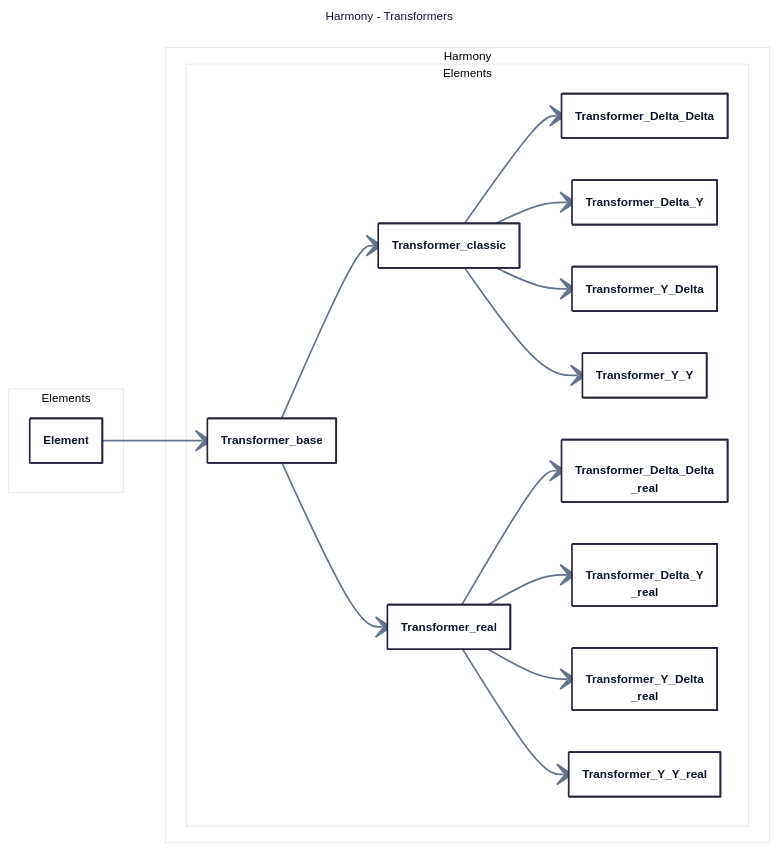
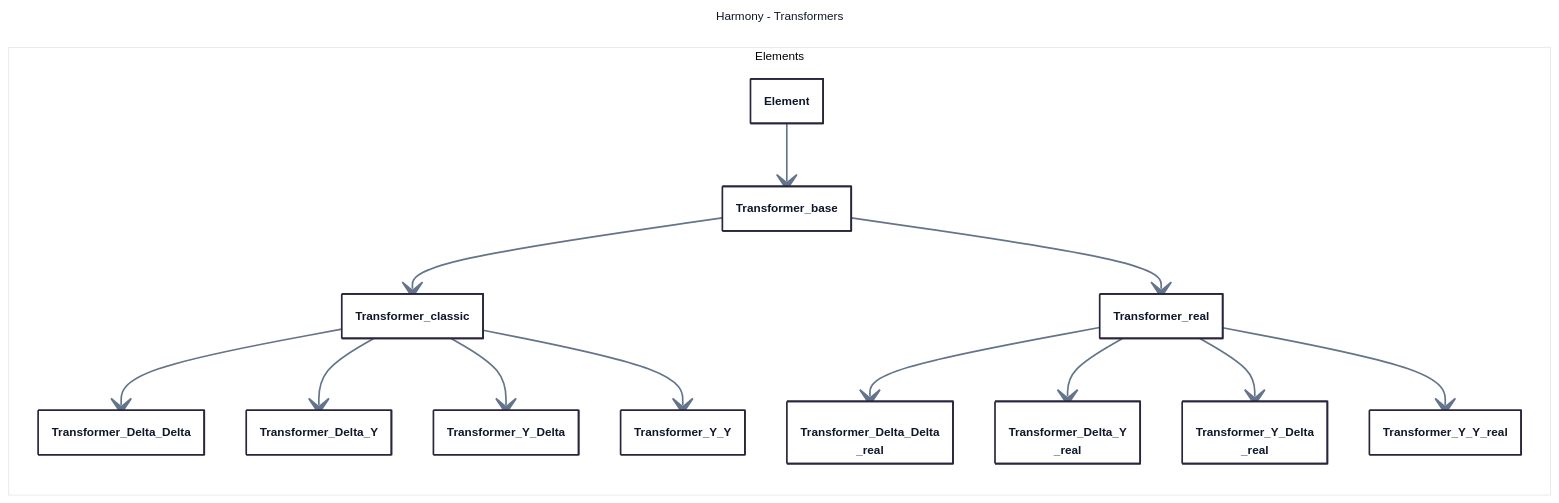
One commit to yiquintero/tmp changed the fourth of 4 diagrams in class_diagram.md. Above: the diagram before and after it, drawn with Mermaid.

Commit message:
Refactor namespace declaration in class diagram

````diff
--- a/class_diagram.md
+++ b/class_diagram.md
@@ -185,47 +185,47 @@
 ```mermaid
 ---
 title: Harmony - Transformers
 config:
   theme: redux-color
   themeVariables:
     fontFamily: Segoe UI, -apple-system, BlinkMacSystemFont, sans-serif
     lineColor: "#64748B"
     primaryTextColor: "#0F172A"
   flowchart:
     wrappingWidth: 450
   class:
     hideEmptyMembersBox: true
     padding: 16
 ---
 classDiagram
   direction LR
 
   namespace Elements {
     class Element {}
   }
 
-namespace Harmony.Elements {
+namespace Elements {
     class Transformer_base
     class Transformer_classic
     class Transformer_real
     class Transformer_Delta_Delta["Transformer_Delta_Delta"]
     class Transformer_Delta_Delta_real["Transformer_Delta_Delta<br/>_real"]
     class Transformer_Delta_Y["Transformer_Delta_Y"]
     class Transformer_Delta_Y_real["Transformer_Delta_Y<br/>_real"]
     class Transformer_Y_Delta["Transformer_Y_Delta"]
     class Transformer_Y_Delta_real["Transformer_Y_Delta<br/>_real"]
     class Transformer_Y_Y["Transformer_Y_Y"]
     class Transformer_Y_Y_real["Transformer_Y_Y_real"]
   }
   Element --> Transformer_base
   Transformer_base --> Transformer_classic
   Transformer_base --> Transformer_real
   Transformer_classic --> Transformer_Delta_Delta
   Transformer_classic --> Transformer_Delta_Y
   Transformer_classic --> Transformer_Y_Delta
   Transformer_classic --> Transformer_Y_Y
   Transformer_real --> Transformer_Delta_Delta_real
   Transformer_real --> Transformer_Delta_Y_real
   Transformer_real --> Transformer_Y_Delta_real
   Transformer_real --> Transformer_Y_Y_real
 ```
````
